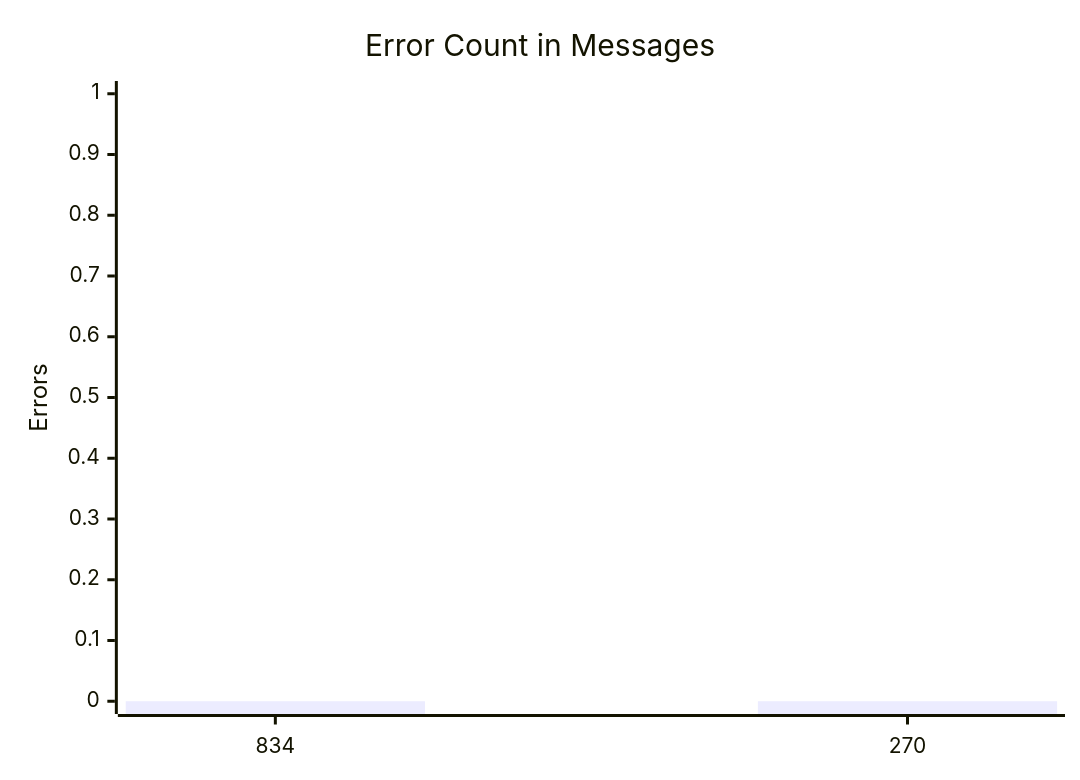
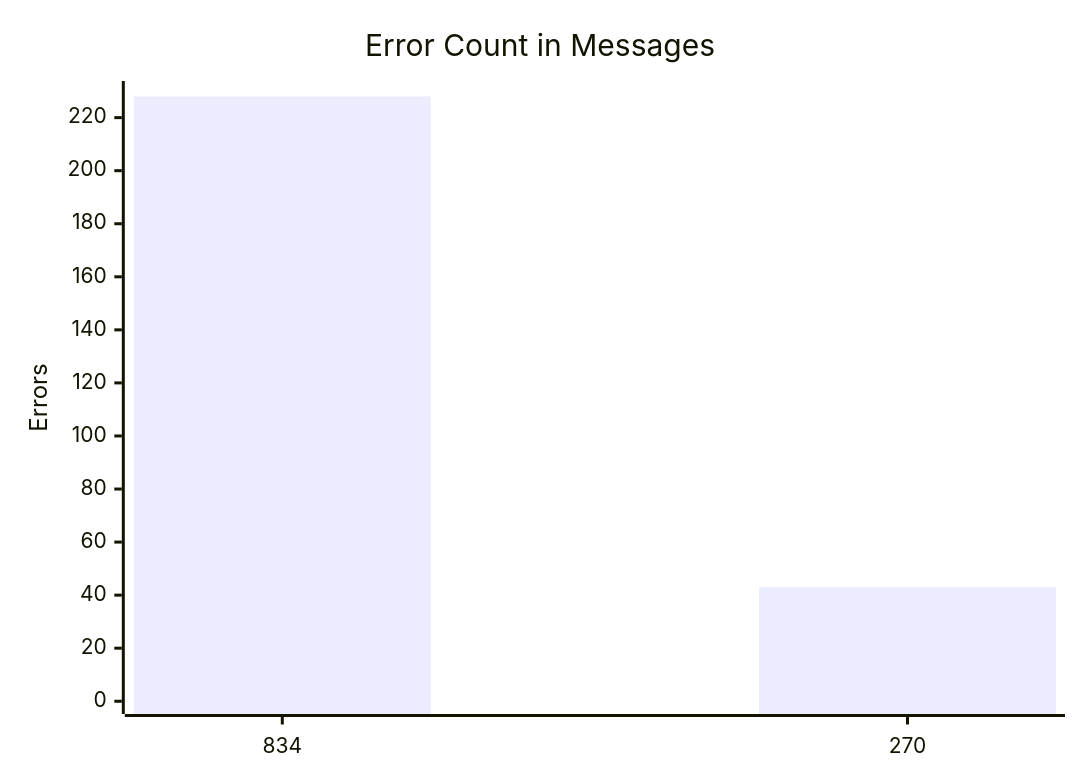
The third of 10 diagrams in test-tools/DataGen/src/Statistics_Visualizer.md (dhagan-va/intern-2025), drawn with Mermaid before and after one commit. The commit also changed other lines of this file and 2 other files, not shown here.

````diff
--- a/test-tools/DataGen/src/Statistics_Visualizer.md
+++ b/test-tools/DataGen/src/Statistics_Visualizer.md
@@ -37,7 +37,7 @@
 ```mermaid
 xychart-beta
     title "Error Count in Messages"
     x-axis ["834", "270"]
-    y-axis "Errors" 0 --> 1
-    bar [0, 0]
+    y-axis "Errors" 0 --> 229
+    bar [228, 43]
 ```
````
